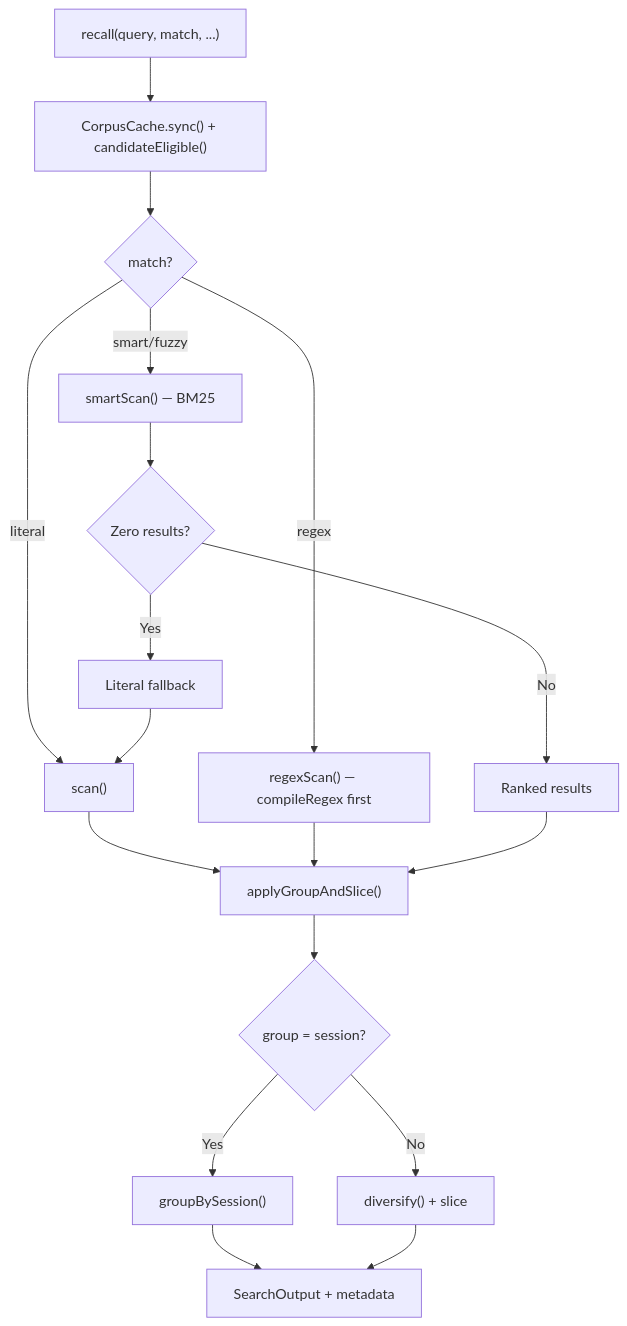
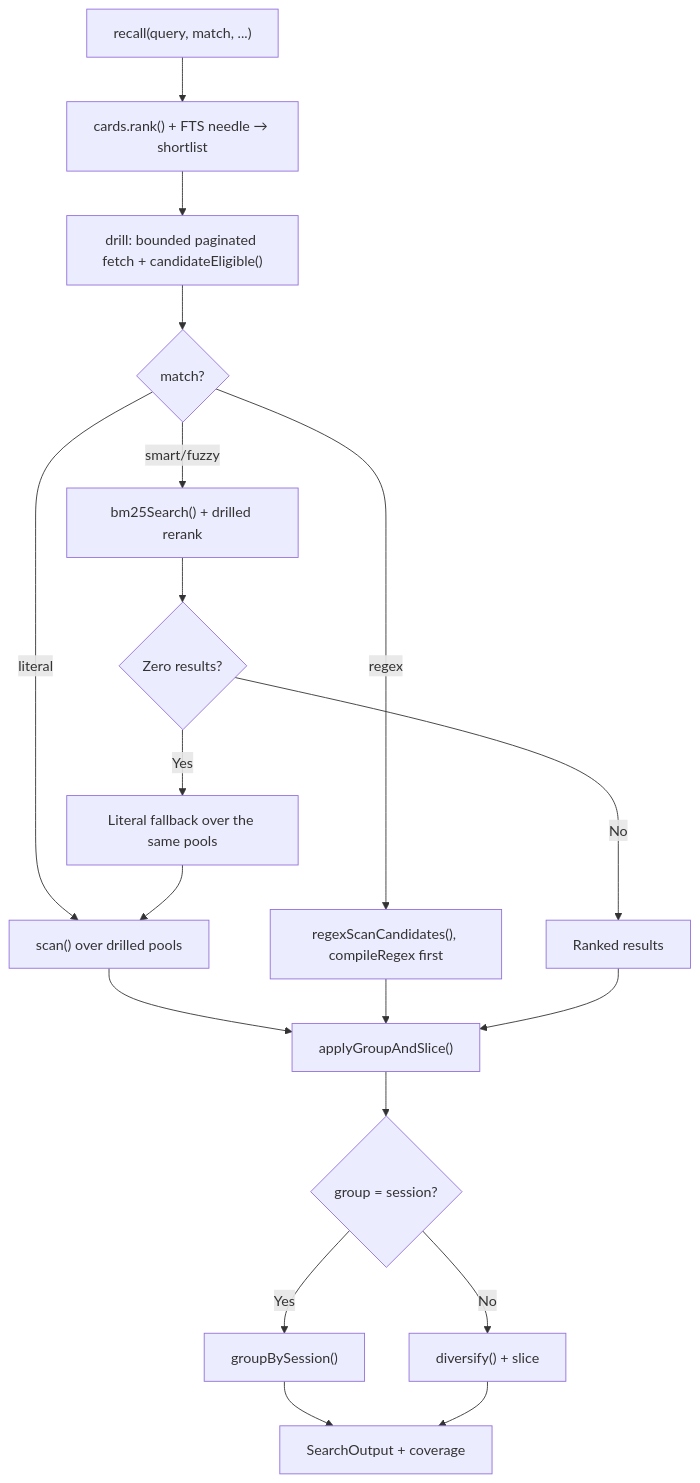
Before and after one commit to rmk40/opencode-session-recall: the second of 5 diagrams in CONTRIBUTING.md, drawn with Mermaid. The commit also changed other lines of this file and 3 other files, not shown here.

First line of the commit message:
docs(recall): rewrite README, AGENTS, CONTRIBUTING for round-4 architecture

````diff
--- a/CONTRIBUTING.md
+++ b/CONTRIBUTING.md
@@ -102,25 +112,26 @@
 ```mermaid
 flowchart TB
-    Start["recall(query, match, ...)"] --> Sync["CorpusCache.sync() + candidateEligible()"]
-    Sync --> Guard{"match?"}
+    Start["recall(query, match, ...)"] --> Rank["cards.rank() + FTS needle → shortlist"]
+    Rank --> Drill["drill: bounded paginated fetch + candidateEligible()"]
+    Drill --> Guard{"match?"}
 
-    Guard -->|literal| Literal["scan()"]
-    Guard -->|regex| Regex["regexScan() — compileRegex first"]
-    Guard -->|smart/fuzzy| Smart["smartScan() — BM25"]
+    Guard -->|literal| Literal["scan() over drilled pools"]
+    Guard -->|regex| Regex["regexScanCandidates(), compileRegex first"]
+    Guard -->|smart/fuzzy| Smart["bm25Search() + drilled rerank"]
 
     Smart --> FallbackCheck{"Zero results?"}
-    FallbackCheck -->|Yes| Fallback["Literal fallback"]
+    FallbackCheck -->|Yes| Fallback["Literal fallback over the same pools"]
     FallbackCheck -->|No| Ranked["Ranked results"]
     Fallback --> Literal
 
     Literal --> GroupSlice["applyGroupAndSlice()"]
     Regex --> GroupSlice
     Ranked --> GroupSlice
 
     GroupSlice --> GroupCheck{"group = session?"}
     GroupCheck -->|Yes| Group["groupBySession()"]
     GroupCheck -->|No| Diversify["diversify() + slice"]
 
-    Group --> Out["SearchOutput + metadata"]
+    Group --> Out["SearchOutput + coverage"]
     Diversify --> Out
 ```
````
